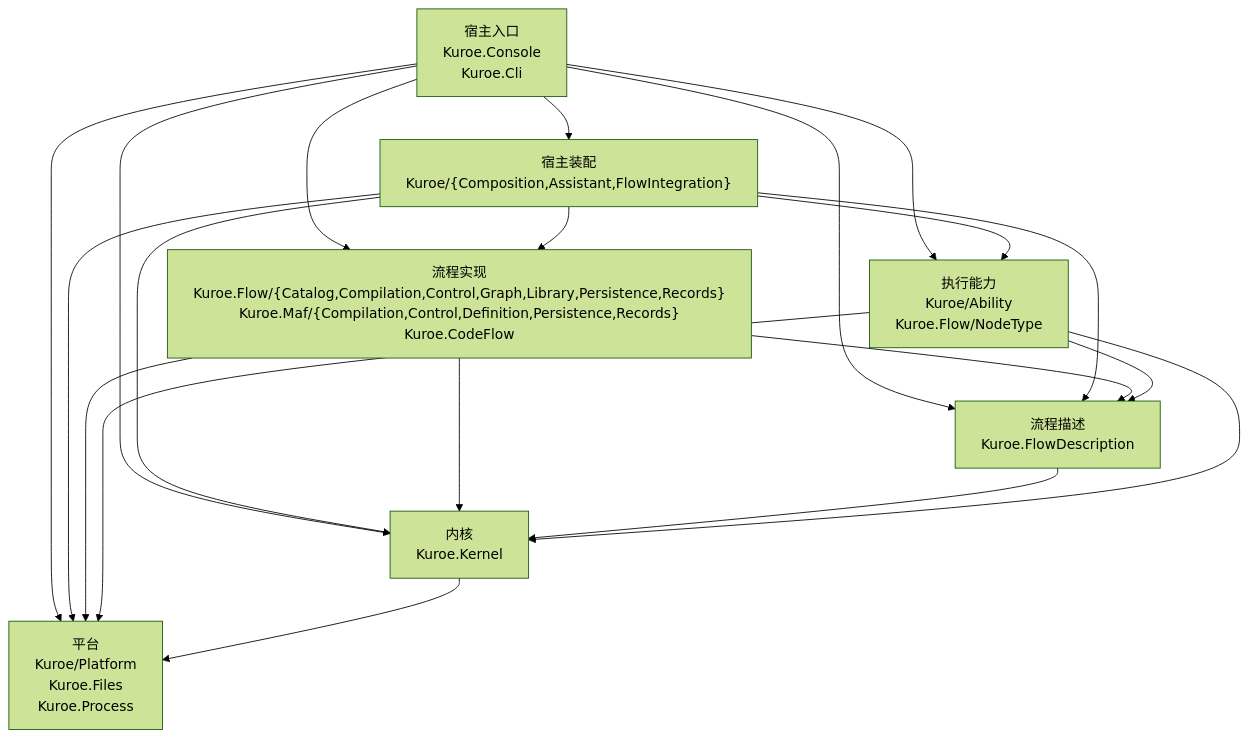
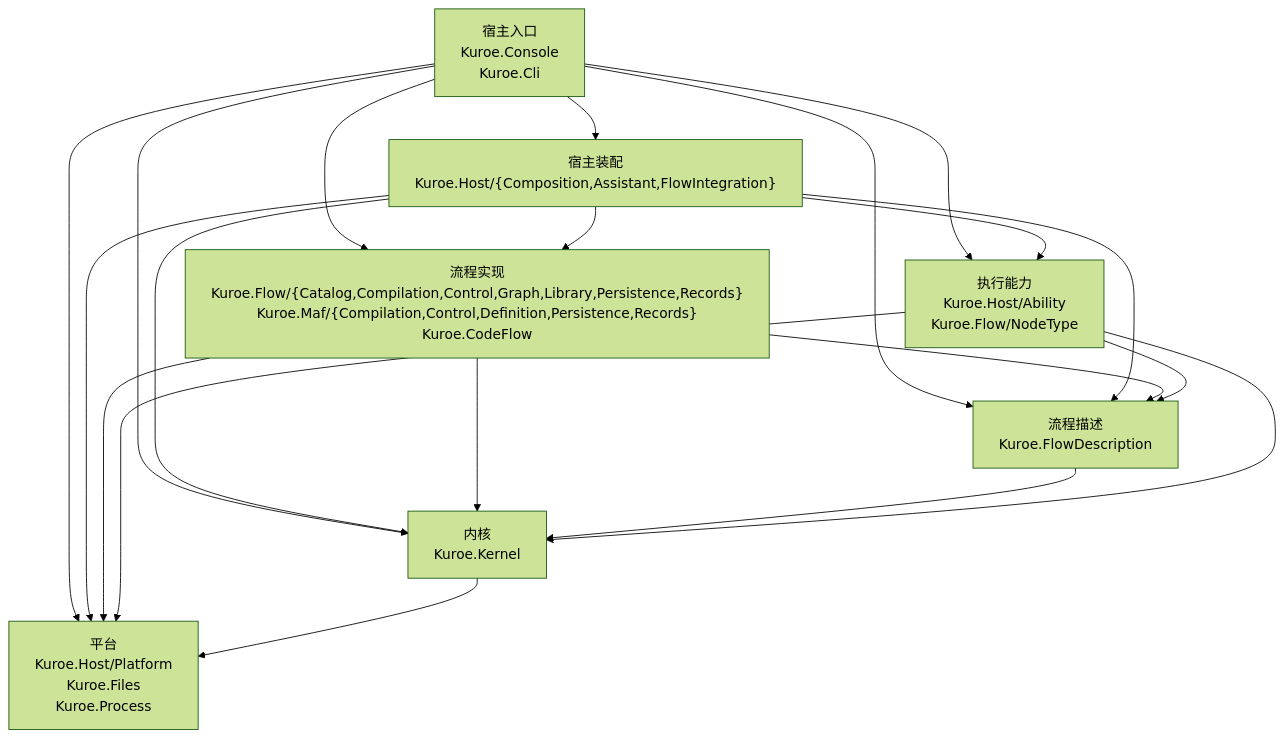
One commit to DrMelt/Kuroe changed the diagram in docs/dev/architecture/functional-boundary/index.md. Above: the diagram before and after it, drawn with Mermaid (forest theme). The commit also changed 1065 other files, not shown here.

Commit message:
宿主目录 Kuroe 改名为 Kuroe.Host

````diff
--- a/docs/dev/architecture/functional-boundary/index.md
+++ b/docs/dev/architecture/functional-boundary/index.md
@@ -3,30 +3,30 @@
 ```mermaid
 flowchart TD
     LEntry["宿主入口<br>Kuroe.Console<br>Kuroe.Cli"]
-    LAssembly["宿主装配<br>Kuroe/{Composition,Assistant,FlowIntegration}"]
+    LAssembly["宿主装配<br>Kuroe.Host/{Composition,Assistant,FlowIntegration}"]
     LFlow["流程实现<br>Kuroe.Flow/{Catalog,Compilation,Control,Graph,Library,Persistence,Records}<br>Kuroe.Maf/{Compilation,Control,Definition,Persistence,Records}<br>Kuroe.CodeFlow"]
     LDescription["流程描述<br>Kuroe.FlowDescription"]
-    LAbility["执行能力<br>Kuroe/Ability<br>Kuroe.Flow/NodeType"]
+    LAbility["执行能力<br>Kuroe.Host/Ability<br>Kuroe.Flow/NodeType"]
     LKernel["内核<br>Kuroe.Kernel"]
-    LPlatform["平台<br>Kuroe/Platform<br>Kuroe.Files<br>Kuroe.Process"]
+    LPlatform["平台<br>Kuroe.Host/Platform<br>Kuroe.Files<br>Kuroe.Process"]
 
     LEntry --> LAssembly
     LEntry --> LFlow
     LEntry --> LDescription
     LEntry --> LAbility
     LEntry --> LKernel
     LEntry --> LPlatform
     LAssembly --> LFlow
     LAssembly --> LDescription
     LAssembly --> LAbility
     LAssembly --> LKernel
     LAssembly --> LPlatform
     LFlow --> LDescription
     LFlow --> LKernel
     LFlow --> LPlatform
     LDescription --> LKernel
     LAbility --> LDescription
     LAbility --> LKernel
     LAbility --> LPlatform
     LKernel --> LPlatform
 ```
````
